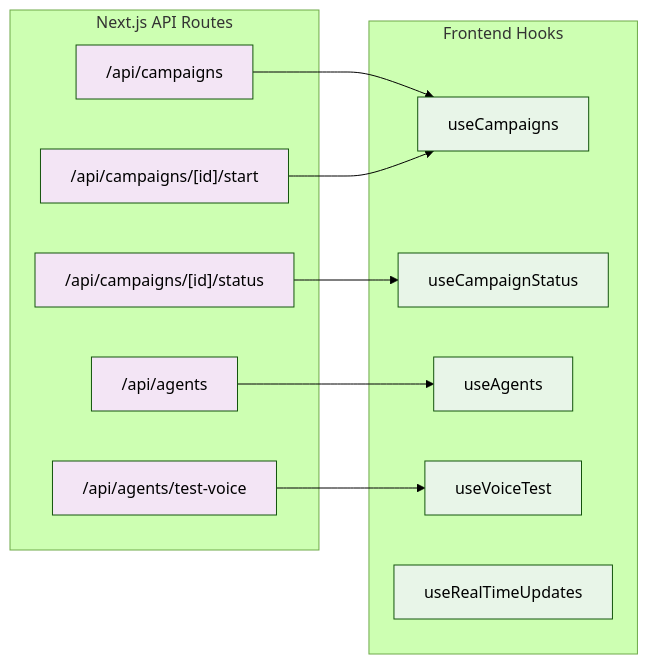
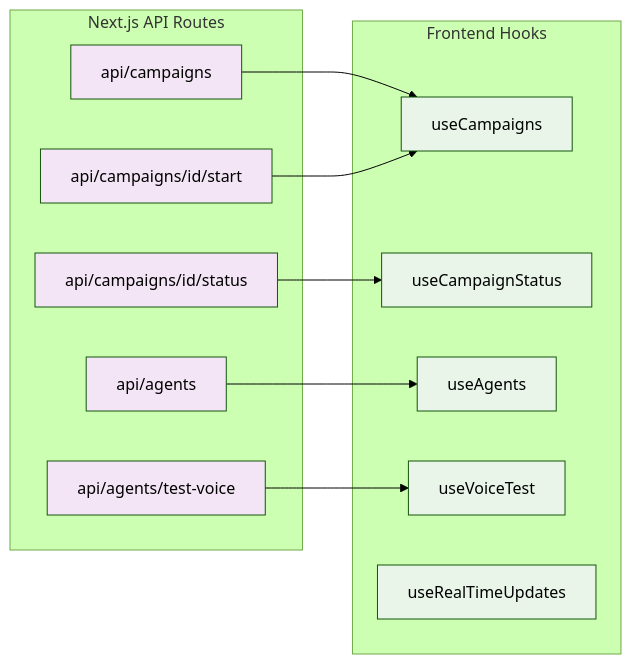
One commit to callhenk/henk changed the seventh of 11 diagrams in docs/elevenlabs-architecture.md. Above: the diagram before and after it, drawn with Mermaid (forest theme). The commit also changed other lines of this file and 1 other file, not shown here.

First line of the commit message:
Update ElevenLabs integration documentation to reflect API route changes and simplified architecture

````diff
--- a/docs/elevenlabs-architecture.md
+++ b/docs/elevenlabs-architecture.md
@@ -213,30 +213,30 @@
 ```mermaid
 graph LR
     subgraph "Next.js API Routes"
-        A["/api/campaigns"]
-        B["/api/campaigns/[id]/start"]
-        C["/api/campaigns/[id]/status"]
-        D["/api/agents"]
-        E["/api/agents/test-voice"]
+        A[api/campaigns]
+        B[api/campaigns/id/start]
+        C[api/campaigns/id/status]
+        D[api/agents]
+        E[api/agents/test-voice]
     end
 
     subgraph "Frontend Hooks"
         F[useCampaigns]
         G[useCampaignStatus]
         H[useAgents]
         I[useVoiceTest]
         J[useRealTimeUpdates]
     end
 
     A --> F
     B --> F
     C --> G
     D --> H
     E --> I
 
     classDef api fill:#f3e5f5
     classDef hook fill:#e8f5e8
 
     class A,B,C,D,E api
     class F,G,H,I,J hook
 ```
````
